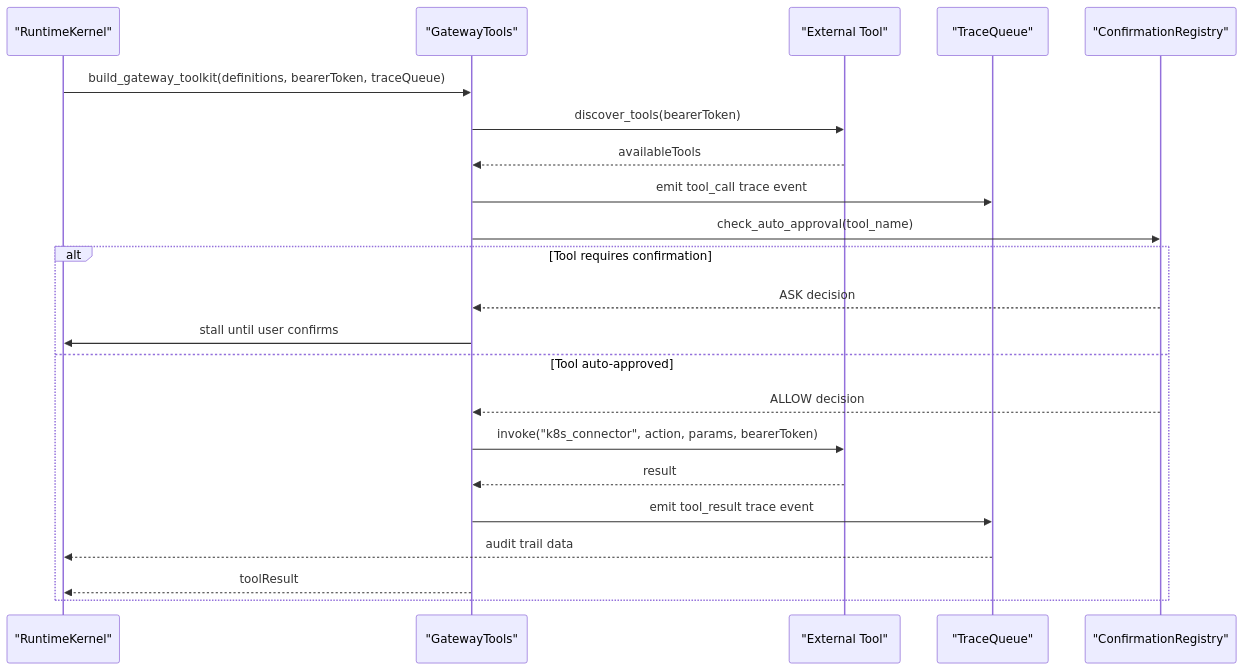
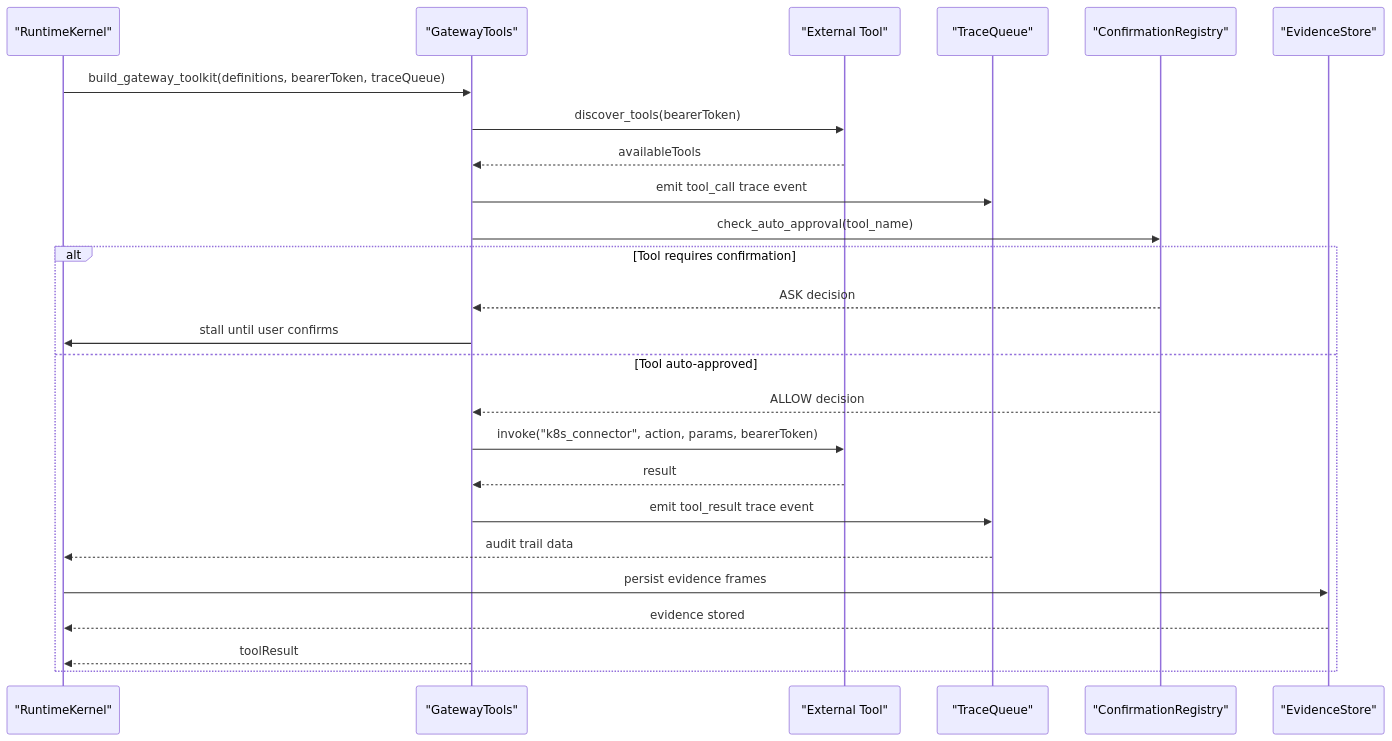
One commit to metasync/luban-aiops changed the ninth of 21 diagrams in .qoder/repowiki/en/content/Agent Platform Service/Agent Platform Service.md. Above: the diagram before and after it, drawn with Mermaid. The commit also changed other lines of this file and 8 other files, not shown here.

````diff
--- a/.qoder/repowiki/en/content/Agent Platform Service/Agent Platform Service.md
+++ b/.qoder/repowiki/en/content/Agent Platform Service/Agent Platform Service.md
@@ -607,24 +643,27 @@
 ```mermaid
 sequenceDiagram
 participant Kernel as "RuntimeKernel"
 participant GatewayTools as "GatewayTools"
 participant External as "External Tool"
 participant Trace as "TraceQueue"
 participant HITL as "ConfirmationRegistry"
+participant EvStore as "EvidenceStore"
 Kernel->>GatewayTools : build_gateway_toolkit(definitions, bearerToken, traceQueue)
 GatewayTools->>External : discover_tools(bearerToken)
 External-->>GatewayTools : availableTools
 GatewayTools->>Trace : emit tool_call trace event
 GatewayTools->>HITL : check_auto_approval(tool_name)
 alt Tool requires confirmation
 HITL-->>GatewayTools : ASK decision
 GatewayTools->>Kernel : stall until user confirms
 else Tool auto-approved
 HITL-->>GatewayTools : ALLOW decision
 GatewayTools->>External : invoke("k8s_connector", action, params, bearerToken)
 External-->>GatewayTools : result
 GatewayTools->>Trace : emit tool_result trace event
 Trace-->>Kernel : audit trail data
+Kernel->>EvStore : persist evidence frames
+EvStore-->>Kernel : evidence stored
 GatewayTools-->>Kernel : toolResult
 end
 ```
````
